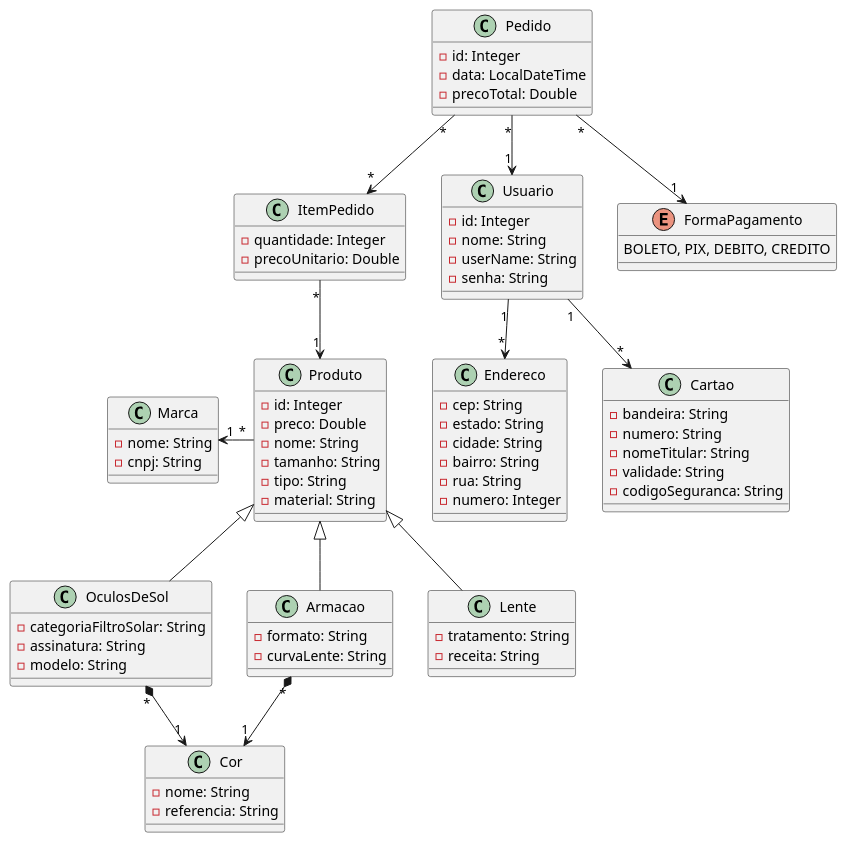
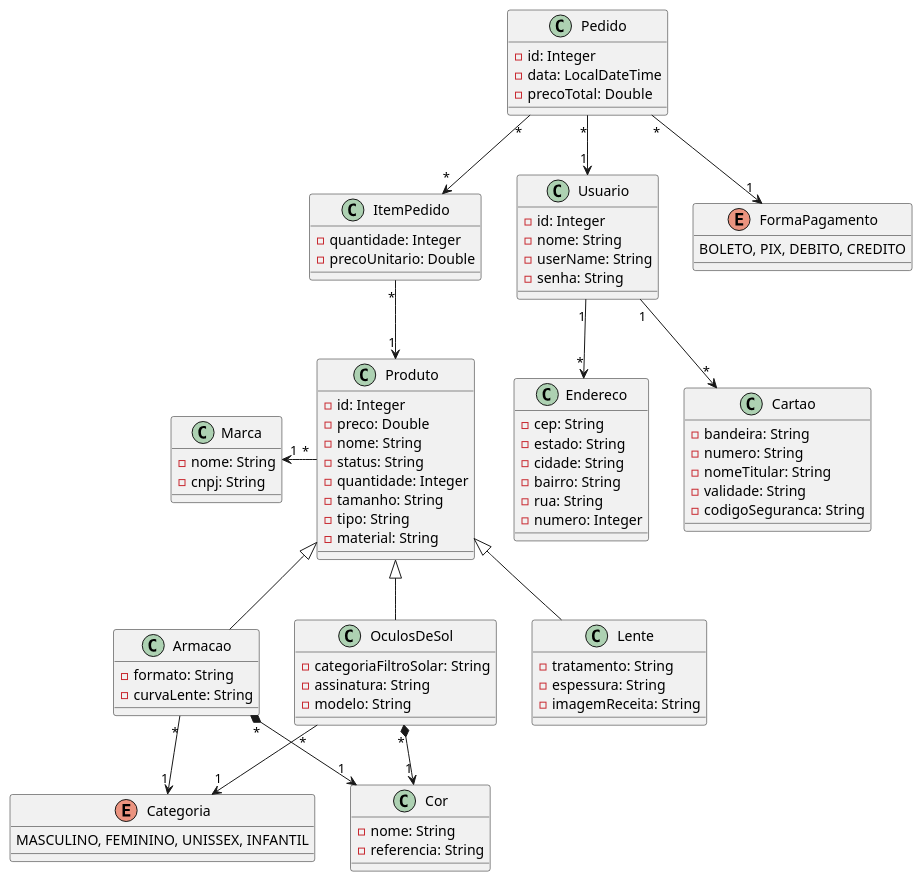
One commit to ja1vctr/TP1-otica-quarkus changed the diagram in uml/otica.puml. Above: the diagram before and after it, drawn with PlantUML. The commit also changed 14 other files, not shown here.

```diff
--- a/uml/otica.puml
+++ b/uml/otica.puml
@@ -1,89 +1,99 @@
 @startuml
 class Produto {
     - id: Integer
     - preco: Double
     - nome: String
+    - status: String
+    - quantidade: Integer
     - tamanho: String
     - tipo: String
     - material: String
 }
 
 class OculosDeSol extends Produto {
     - categoriaFiltroSolar: String
     - assinatura: String
     - modelo: String
 }
 
 class Armacao extends Produto {
     - formato: String
     - curvaLente: String
 }
 
 class Lente extends Produto{
     - tratamento: String
-    - receita: String
+    - espessura: String
+    - imagemReceita: String
 }
 
 class Pedido {
     - id: Integer
     - data: LocalDateTime
     - precoTotal: Double
 }
 
 class ItemPedido {
     - quantidade: Integer
     - precoUnitario: Double
 }
 
 class Usuario {
     - id: Integer
     - nome: String
     - userName: String
     - senha: String
 }
 
 class Endereco {
     - cep: String
     - estado: String
     - cidade: String
     - bairro: String
     - rua: String
     - numero: Integer
 }
 
 enum FormaPagamento {
     BOLETO, PIX, DEBITO, CREDITO
 }
 
+enum Categoria {
+    MASCULINO, FEMININO, UNISSEX, INFANTIL
+}
+
 class Cartao {
     - bandeira: String
     - numero: String
     - nomeTitular: String
     - validade: String
     - codigoSeguranca: String
 }
 
 class Cor {
     - nome: String
     - referencia: String
 }
 
 Class Marca { 
     - nome: String
     - cnpj: String
 }
 
-Armacao    "*" *--> "1" Cor
-OculosDeSol    "*" *--> "1" Cor
-Produto    "*" -left-> "1"  Marca
+Armacao     "*" *--> "1" Cor
+Armacao     "*"  --> "1" Categoria
 
-Pedido     "*" --> "1"  Usuario
-Pedido     "*" --> "*"  ItemPedido
-Pedido     "*" --> "1"  FormaPagamento
+Produto     "*" -left-> "1"  Marca
 
+OculosDeSol "*" *--> "1" Cor
+OculosDeSol "*"  --> "1" Categoria
 
-ItemPedido "*" --> "1"  Produto
-Usuario    "1" --> "*"  Endereco
-Usuario    "1" --> "*"  Cartao
+Pedido      "*" --> "1"  Usuario
+Pedido      "*" --> "*"  ItemPedido
+Pedido      "*" --> "1"  FormaPagamento
 
+ItemPedido  "*" --> "1"  Produto
+
+Usuario     "1" --> "*"  Endereco
+Usuario     "1" --> "*"  Cartao
 @enduml
```
